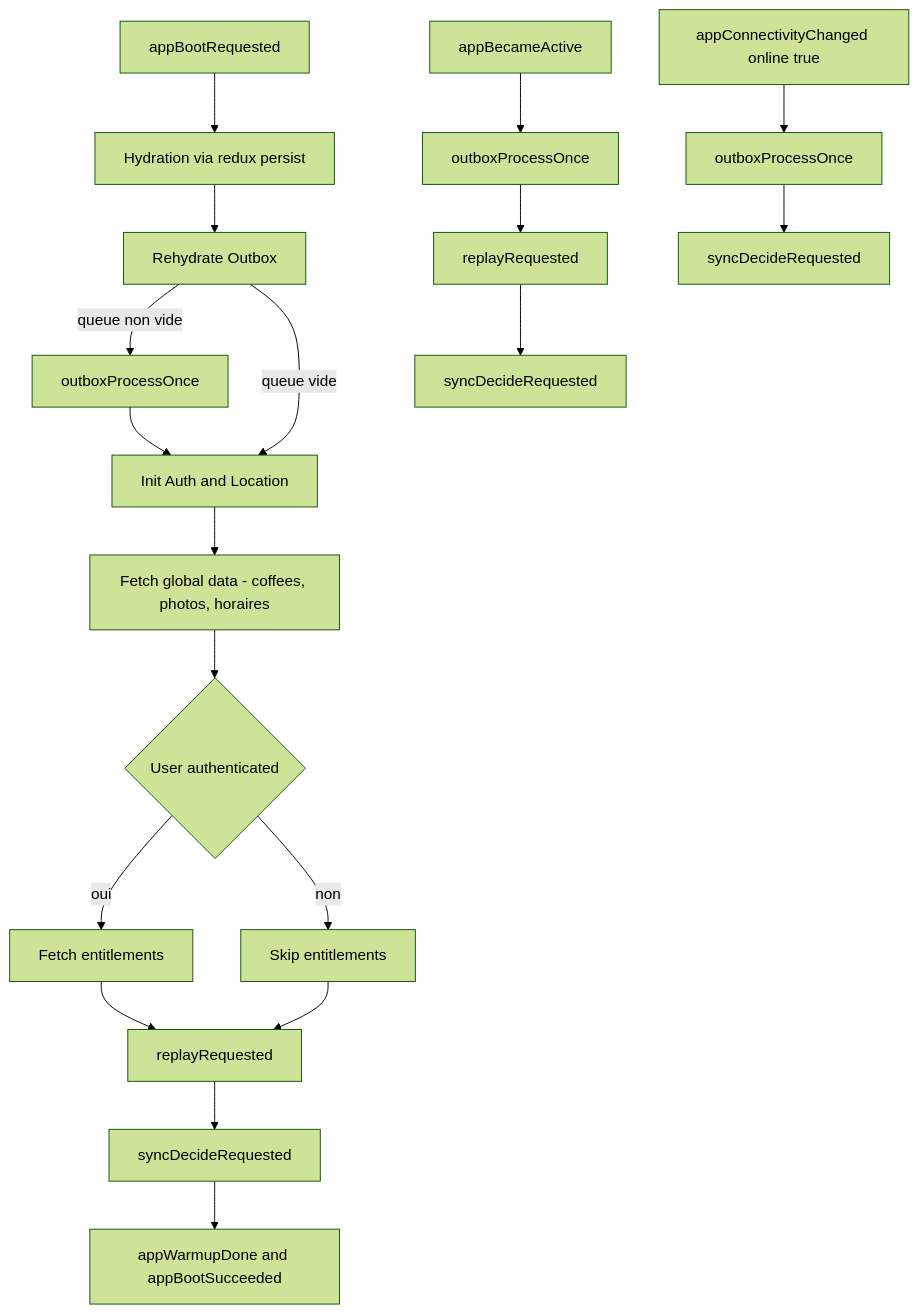
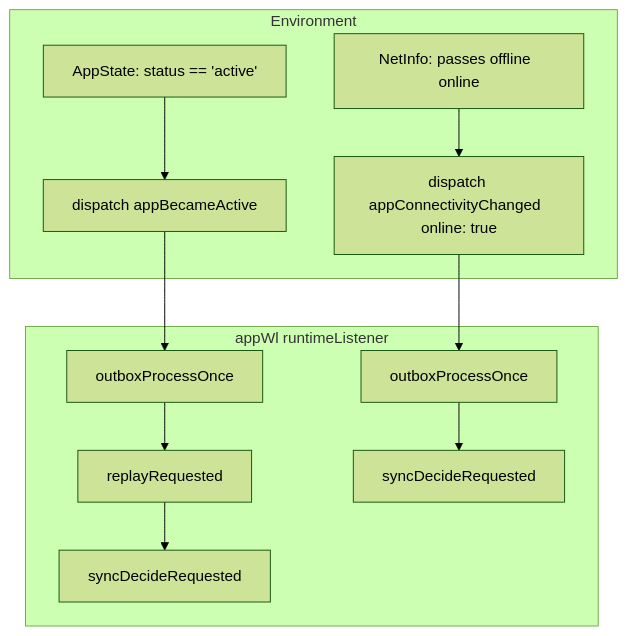
The diagram in app/core-logic/contextWL/appWl/appFlow.mmd (nico8156/fragmentsCleanFront), drawn with Mermaid (forest theme) before and after one commit. The commit also changed 21 other files, not shown here.

```diff
--- a/app/core-logic/contextWL/appWl/appFlow.mmd
+++ b/app/core-logic/contextWL/appWl/appFlow.mmd
@@ -1,28 +1,15 @@
 flowchart TD
 
-    A[appBootRequested] --> B[Hydration via redux persist]
-    B --> C[Rehydrate Outbox]
+subgraph Environment
+AS[AppState: status == 'active'] --> AB[dispatch appBecameActive]
+NI[NetInfo: passes offline  online] --> AC[dispatch appConnectivityChanged  online: true ]
+end
 
-    C -->|queue non vide| D[outboxProcessOnce]
-    C -->|queue vide| E[Init Auth and Location]
+subgraph appWl runtimeListener
+AB --> N[outboxProcessOnce]
+N --> O[replayRequested]
+O --> P[syncDecideRequested]
 
-    D --> E
-
-    E --> F[Fetch global data - coffees, photos, horaires]
-    F --> G{User authenticated}
-
-    G -->|oui| H[Fetch entitlements]
-    G -->|non| I[Skip entitlements]
-
-    H --> J[replayRequested]
-    I --> J[replayRequested]
-
-    J --> K[syncDecideRequested]
-    K --> L[appWarmupDone and appBootSucceeded]
-
-    M[appBecameActive] --> N[outboxProcessOnce]
-    N --> O[replayRequested]
-    O --> P[syncDecideRequested]
-
-    Q[appConnectivityChanged online true] --> R[outboxProcessOnce]
-    R --> S[syncDecideRequested]
+AC --> R[outboxProcessOnce]
+R --> S[syncDecideRequested]
+end
```
